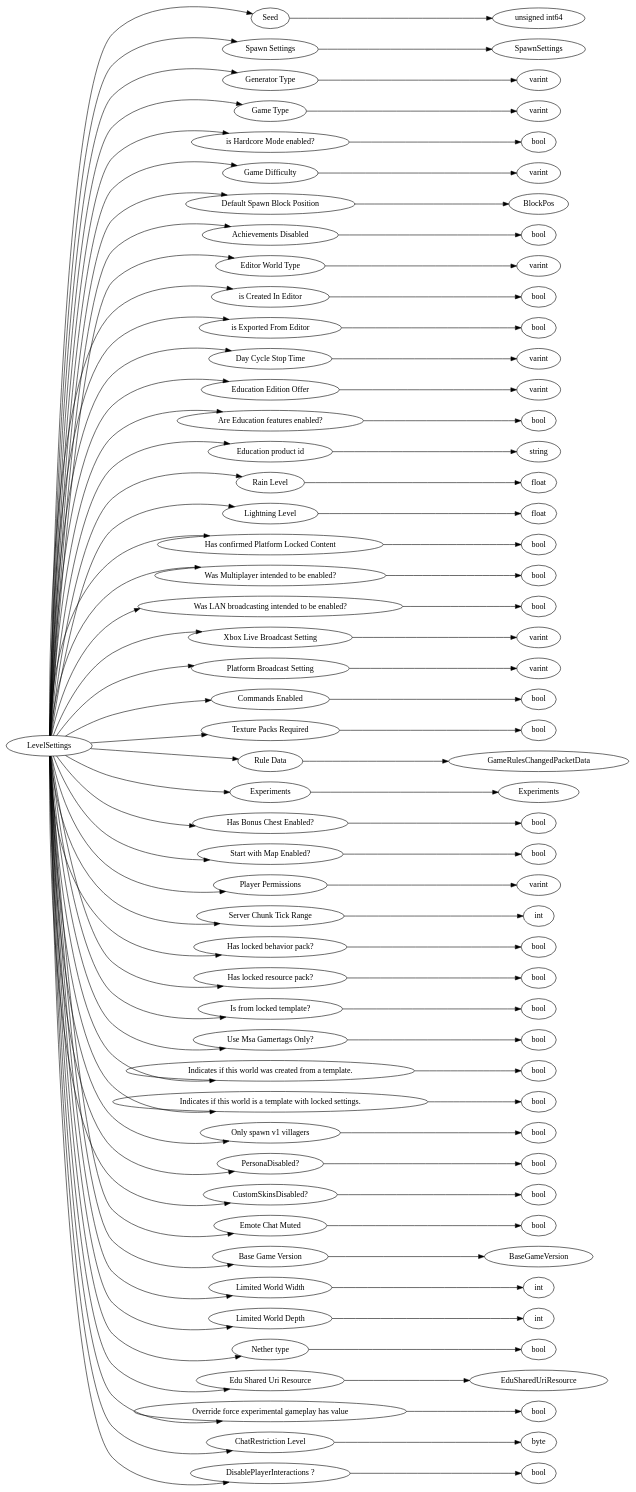
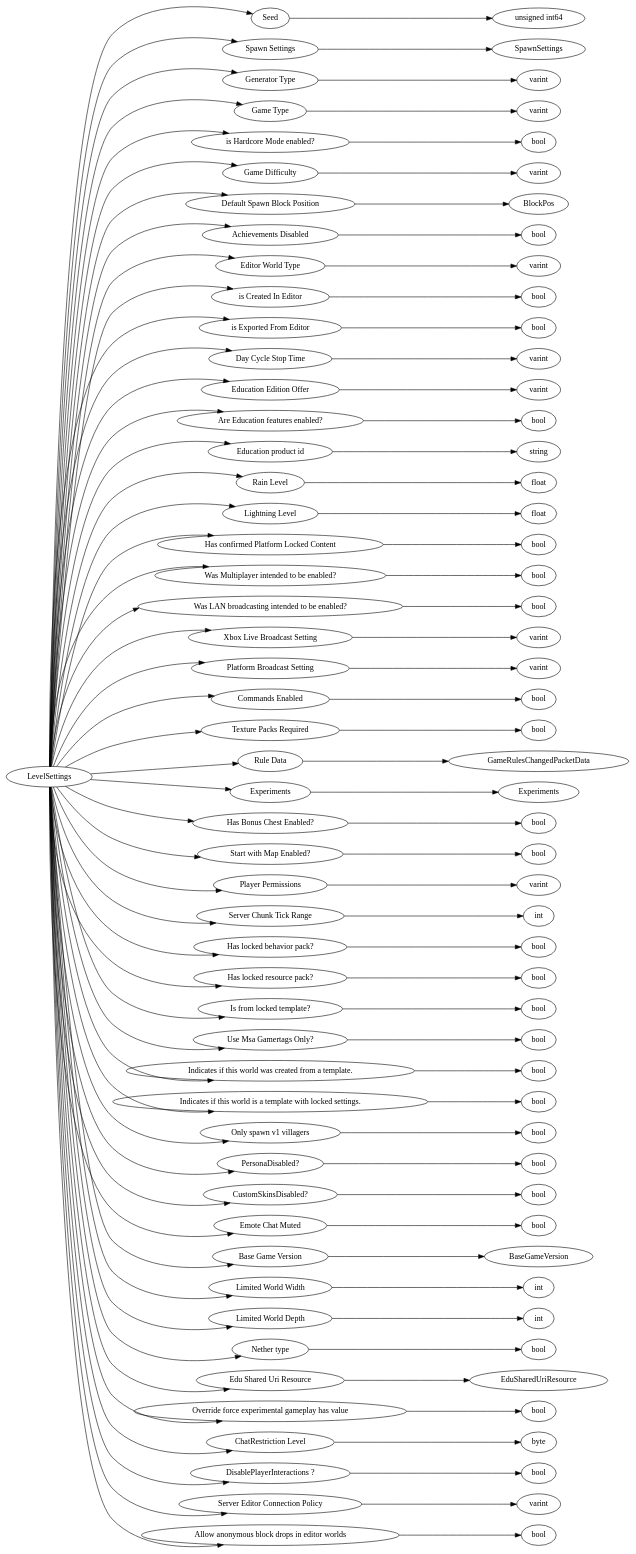
The diagram in dot/LevelSettings.dot (Mojang/bedrock-protocol-docs), drawn with Graphviz before and after one commit. The commit also changed 433 other files, not shown here.

```diff
--- a/dot/LevelSettings.dot
+++ b/dot/LevelSettings.dot
@@ -52,51 +52,55 @@
 23 -> 79
 79 -> 80
 23 -> 81
-81 -> 82
-23 -> 83
-83 -> 84
-23 -> 85
-85 -> 86
-23 -> 87
-87 -> 88
-23 -> 89
-89 -> 90
-23 -> 91
-91 -> 92
-23 -> 93
-93 -> 94
-23 -> 95
-95 -> 96
-23 -> 97
-97 -> 98
-23 -> 99
-99 -> 100
-23 -> 101
-101 -> 102
-23 -> 103
-103 -> 104
-23 -> 105
-105 -> 106
-23 -> 107
-107 -> 108
-23 -> 109
-109 -> 110
-23 -> 111
-111 -> 112
-23 -> 113
-113 -> 114
-23 -> 115
-115 -> 116
-23 -> 117
-117 -> 118
-23 -> 119
-119 -> 125
+81 -> 99
+23 -> 100
+100 -> 101
+23 -> 102
+102 -> 103
+23 -> 104
+104 -> 105
+23 -> 106
+106 -> 107
+23 -> 108
+108 -> 109
+23 -> 110
+110 -> 111
+23 -> 112
+112 -> 113
+23 -> 114
+114 -> 115
+23 -> 116
+116 -> 117
+23 -> 118
+118 -> 119
+23 -> 120
+120 -> 121
+23 -> 122
+122 -> 123
+23 -> 124
+124 -> 125
 23 -> 126
 126 -> 127
 23 -> 128
-128 -> 129
-23 -> 130
-130 -> 131
+128 -> 132
+23 -> 133
+133 -> 134
+23 -> 135
+135 -> 136
+23 -> 137
+137 -> 138
+23 -> 139
+139 -> 145
+23 -> 146
+146 -> 147
+23 -> 148
+148 -> 149
+23 -> 150
+150 -> 151
+23 -> 152
+152 -> 153
+23 -> 154
+154 -> 155
 
 23 [label="LevelSettings",comment="name: \"LevelSettings\", typeName: \"\", id: 23, branchId: 0, recurseId: -1, attributes: 0, notes: \"\""];
 24 [label="Seed",comment="name: \"Seed\", typeName: \"\", id: 24, branchId: 0, recurseId: -1, attributes: 0, notes: \"\""];
@@ -150,51 +154,55 @@
 79 [label="Rule Data",comment="name: \"Rule Data\", typeName: \"GameRulesChangedPacketData\", id: 79, branchId: 0, recurseId: -1, attributes: 256, notes: \"\""];
 80 [label="GameRulesChangedPacketData",comment="name: \"GameRulesChangedPacketData\", typeName: \"\", id: 80, branchId: 0, recurseId: -1, attributes: 512, notes: \"\""];
 81 [label="Experiments",comment="name: \"Experiments\", typeName: \"Experiments\", id: 81, branchId: 0, recurseId: -1, attributes: 256, notes: \"\""];
-82 [label="Experiments",comment="name: \"Experiments\", typeName: \"\", id: 82, branchId: 0, recurseId: -1, attributes: 512, notes: \"\""];
-83 [label="Has Bonus Chest Enabled?",comment="name: \"Has Bonus Chest Enabled?\", typeName: \"\", id: 83, branchId: 0, recurseId: -1, attributes: 0, notes: \"\""];
-84 [label="bool",comment="name: \"bool\", typeName: \"\", id: 84, branchId: 0, recurseId: -1, attributes: 512, notes: \"\""];
-85 [label="Start with Map Enabled?",comment="name: \"Start with Map Enabled?\", typeName: \"\", id: 85, branchId: 0, recurseId: -1, attributes: 0, notes: \"\""];
-86 [label="bool",comment="name: \"bool\", typeName: \"\", id: 86, branchId: 0, recurseId: -1, attributes: 512, notes: \"\""];
-87 [label="Player Permissions",comment="name: \"Player Permissions\", typeName: \"\", id: 87, branchId: 0, recurseId: -1, attributes: 0, notes: \"\""];
-88 [label="varint",comment="name: \"varint\", typeName: \"\", id: 88, branchId: 0, recurseId: -1, attributes: 512, notes: \"\""];
-89 [label="Server Chunk Tick Range",comment="name: \"Server Chunk Tick Range\", typeName: \"\", id: 89, branchId: 0, recurseId: -1, attributes: 0, notes: \"\""];
-90 [label="int",comment="name: \"int\", typeName: \"\", id: 90, branchId: 0, recurseId: -1, attributes: 512, notes: \"\""];
-91 [label="Has locked behavior pack?",comment="name: \"Has locked behavior pack?\", typeName: \"\", id: 91, branchId: 0, recurseId: -1, attributes: 0, notes: \"\""];
-92 [label="bool",comment="name: \"bool\", typeName: \"\", id: 92, branchId: 0, recurseId: -1, attributes: 512, notes: \"\""];
-93 [label="Has locked resource pack?",comment="name: \"Has locked resource pack?\", typeName: \"\", id: 93, branchId: 0, recurseId: -1, attributes: 0, notes: \"\""];
-94 [label="bool",comment="name: \"bool\", typeName: \"\", id: 94, branchId: 0, recurseId: -1, attributes: 512, notes: \"\""];
-95 [label="Is from locked template?",comment="name: \"Is from locked template?\", typeName: \"\", id: 95, branchId: 0, recurseId: -1, attributes: 0, notes: \"\""];
-96 [label="bool",comment="name: \"bool\", typeName: \"\", id: 96, branchId: 0, recurseId: -1, attributes: 512, notes: \"\""];
-97 [label="Use Msa Gamertags Only?",comment="name: \"Use Msa Gamertags Only?\", typeName: \"\", id: 97, branchId: 0, recurseId: -1, attributes: 0, notes: \"\""];
-98 [label="bool",comment="name: \"bool\", typeName: \"\", id: 98, branchId: 0, recurseId: -1, attributes: 512, notes: \"\""];
-99 [label="Indicates if this world was created from a template.",comment="name: \"Indicates if this world was created from a template.\", typeName: \"\", id: 99, branchId: 0, recurseId: -1, attributes: 0, notes: \"For servers this should always be false.\""];
-100 [label="bool",comment="name: \"bool\", typeName: \"\", id: 100, branchId: 0, recurseId: -1, attributes: 512, notes: \"\""];
-101 [label="Indicates if this world is a template with locked settings.",comment="name: \"Indicates if this world is a template with locked settings.\", typeName: \"\", id: 101, branchId: 0, recurseId: -1, attributes: 0, notes: \"For servers this should always be false.\""];
-102 [label="bool",comment="name: \"bool\", typeName: \"\", id: 102, branchId: 0, recurseId: -1, attributes: 512, notes: \"\""];
-103 [label="Only spawn v1 villagers",comment="name: \"Only spawn v1 villagers\", typeName: \"\", id: 103, branchId: 0, recurseId: -1, attributes: 0, notes: \"This was added for the Village & Pillage update, marking worlds where V1 villagers shouldn't update to V2, and only V1 villagers should be used in the world. This was done for Marketplace content.\""];
-104 [label="bool",comment="name: \"bool\", typeName: \"\", id: 104, branchId: 0, recurseId: -1, attributes: 512, notes: \"\""];
-105 [label="PersonaDisabled?",comment="name: \"PersonaDisabled?\", typeName: \"\", id: 105, branchId: 0, recurseId: -1, attributes: 0, notes: \"\""];
-106 [label="bool",comment="name: \"bool\", typeName: \"\", id: 106, branchId: 0, recurseId: -1, attributes: 512, notes: \"\""];
-107 [label="CustomSkinsDisabled?",comment="name: \"CustomSkinsDisabled?\", typeName: \"\", id: 107, branchId: 0, recurseId: -1, attributes: 0, notes: \"\""];
-108 [label="bool",comment="name: \"bool\", typeName: \"\", id: 108, branchId: 0, recurseId: -1, attributes: 512, notes: \"\""];
-109 [label="Emote Chat Muted",comment="name: \"Emote Chat Muted\", typeName: \"\", id: 109, branchId: 0, recurseId: -1, attributes: 0, notes: \"\""];
-110 [label="bool",comment="name: \"bool\", typeName: \"\", id: 110, branchId: 0, recurseId: -1, attributes: 512, notes: \"\""];
-111 [label="Base Game Version",comment="name: \"Base Game Version\", typeName: \"BaseGameVersion\", id: 111, branchId: 0, recurseId: -1, attributes: 256, notes: \"Version of vanilla gameplay that will be used with this world.\""];
-112 [label="BaseGameVersion",comment="name: \"BaseGameVersion\", typeName: \"\", id: 112, branchId: 0, recurseId: -1, attributes: 512, notes: \"\""];
-113 [label="Limited World Width",comment="name: \"Limited World Width\", typeName: \"\", id: 113, branchId: 0, recurseId: -1, attributes: 0, notes: \"\""];
-114 [label="int",comment="name: \"int\", typeName: \"\", id: 114, branchId: 0, recurseId: -1, attributes: 512, notes: \"\""];
-115 [label="Limited World Depth",comment="name: \"Limited World Depth\", typeName: \"\", id: 115, branchId: 0, recurseId: -1, attributes: 0, notes: \"\""];
-116 [label="int",comment="name: \"int\", typeName: \"\", id: 116, branchId: 0, recurseId: -1, attributes: 512, notes: \"\""];
-117 [label="Nether type",comment="name: \"Nether type\", typeName: \"\", id: 117, branchId: 0, recurseId: -1, attributes: 0, notes: \"\""];
-118 [label="bool",comment="name: \"bool\", typeName: \"\", id: 118, branchId: 0, recurseId: -1, attributes: 512, notes: \"\""];
-119 [label="Edu Shared Uri Resource",comment="name: \"Edu Shared Uri Resource\", typeName: \"EduSharedUriResource\", id: 119, branchId: 0, recurseId: -1, attributes: 256, notes: \"\""];
-125 [label="EduSharedUriResource",comment="name: \"EduSharedUriResource\", typeName: \"\", id: 125, branchId: 0, recurseId: -1, attributes: 512, notes: \"\""];
-126 [label="Override force experimental gameplay has value",comment="name: \"Override force experimental gameplay has value\", typeName: \"\", id: 126, branchId: 0, recurseId: -1, attributes: 0, notes: \"For servers this should always be false\""];
+99 [label="Experiments",comment="name: \"Experiments\", typeName: \"\", id: 99, branchId: 0, recurseId: -1, attributes: 512, notes: \"\""];
+100 [label="Has Bonus Chest Enabled?",comment="name: \"Has Bonus Chest Enabled?\", typeName: \"\", id: 100, branchId: 0, recurseId: -1, attributes: 0, notes: \"\""];
+101 [label="bool",comment="name: \"bool\", typeName: \"\", id: 101, branchId: 0, recurseId: -1, attributes: 512, notes: \"\""];
+102 [label="Start with Map Enabled?",comment="name: \"Start with Map Enabled?\", typeName: \"\", id: 102, branchId: 0, recurseId: -1, attributes: 0, notes: \"\""];
+103 [label="bool",comment="name: \"bool\", typeName: \"\", id: 103, branchId: 0, recurseId: -1, attributes: 512, notes: \"\""];
+104 [label="Player Permissions",comment="name: \"Player Permissions\", typeName: \"\", id: 104, branchId: 0, recurseId: -1, attributes: 0, notes: \"\""];
+105 [label="varint",comment="name: \"varint\", typeName: \"\", id: 105, branchId: 0, recurseId: -1, attributes: 512, notes: \"\""];
+106 [label="Server Chunk Tick Range",comment="name: \"Server Chunk Tick Range\", typeName: \"\", id: 106, branchId: 0, recurseId: -1, attributes: 0, notes: \"\""];
+107 [label="int",comment="name: \"int\", typeName: \"\", id: 107, branchId: 0, recurseId: -1, attributes: 512, notes: \"\""];
+108 [label="Has locked behavior pack?",comment="name: \"Has locked behavior pack?\", typeName: \"\", id: 108, branchId: 0, recurseId: -1, attributes: 0, notes: \"\""];
+109 [label="bool",comment="name: \"bool\", typeName: \"\", id: 109, branchId: 0, recurseId: -1, attributes: 512, notes: \"\""];
+110 [label="Has locked resource pack?",comment="name: \"Has locked resource pack?\", typeName: \"\", id: 110, branchId: 0, recurseId: -1, attributes: 0, notes: \"\""];
+111 [label="bool",comment="name: \"bool\", typeName: \"\", id: 111, branchId: 0, recurseId: -1, attributes: 512, notes: \"\""];
+112 [label="Is from locked template?",comment="name: \"Is from locked template?\", typeName: \"\", id: 112, branchId: 0, recurseId: -1, attributes: 0, notes: \"\""];
+113 [label="bool",comment="name: \"bool\", typeName: \"\", id: 113, branchId: 0, recurseId: -1, attributes: 512, notes: \"\""];
+114 [label="Use Msa Gamertags Only?",comment="name: \"Use Msa Gamertags Only?\", typeName: \"\", id: 114, branchId: 0, recurseId: -1, attributes: 0, notes: \"\""];
+115 [label="bool",comment="name: \"bool\", typeName: \"\", id: 115, branchId: 0, recurseId: -1, attributes: 512, notes: \"\""];
+116 [label="Indicates if this world was created from a template.",comment="name: \"Indicates if this world was created from a template.\", typeName: \"\", id: 116, branchId: 0, recurseId: -1, attributes: 0, notes: \"For servers this should always be false.\""];
+117 [label="bool",comment="name: \"bool\", typeName: \"\", id: 117, branchId: 0, recurseId: -1, attributes: 512, notes: \"\""];
+118 [label="Indicates if this world is a template with locked settings.",comment="name: \"Indicates if this world is a template with locked settings.\", typeName: \"\", id: 118, branchId: 0, recurseId: -1, attributes: 0, notes: \"For servers this should always be false.\""];
+119 [label="bool",comment="name: \"bool\", typeName: \"\", id: 119, branchId: 0, recurseId: -1, attributes: 512, notes: \"\""];
+120 [label="Only spawn v1 villagers",comment="name: \"Only spawn v1 villagers\", typeName: \"\", id: 120, branchId: 0, recurseId: -1, attributes: 0, notes: \"This was added for the Village & Pillage update, marking worlds where V1 villagers shouldn't update to V2, and only V1 villagers should be used in the world. This was done for Marketplace content.\""];
+121 [label="bool",comment="name: \"bool\", typeName: \"\", id: 121, branchId: 0, recurseId: -1, attributes: 512, notes: \"\""];
+122 [label="PersonaDisabled?",comment="name: \"PersonaDisabled?\", typeName: \"\", id: 122, branchId: 0, recurseId: -1, attributes: 0, notes: \"\""];
+123 [label="bool",comment="name: \"bool\", typeName: \"\", id: 123, branchId: 0, recurseId: -1, attributes: 512, notes: \"\""];
+124 [label="CustomSkinsDisabled?",comment="name: \"CustomSkinsDisabled?\", typeName: \"\", id: 124, branchId: 0, recurseId: -1, attributes: 0, notes: \"\""];
+125 [label="bool",comment="name: \"bool\", typeName: \"\", id: 125, branchId: 0, recurseId: -1, attributes: 512, notes: \"\""];
+126 [label="Emote Chat Muted",comment="name: \"Emote Chat Muted\", typeName: \"\", id: 126, branchId: 0, recurseId: -1, attributes: 0, notes: \"\""];
 127 [label="bool",comment="name: \"bool\", typeName: \"\", id: 127, branchId: 0, recurseId: -1, attributes: 512, notes: \"\""];
-128 [label="ChatRestriction Level",comment="name: \"ChatRestriction Level\", typeName: \"\", id: 128, branchId: 0, recurseId: -1, attributes: 0, notes: \"\""];
-129 [label="byte",comment="name: \"byte\", typeName: \"\", id: 129, branchId: 0, recurseId: -1, attributes: 512, notes: \"\""];
-130 [label="DisablePlayerInteractions ?",comment="name: \"DisablePlayerInteractions ?\", typeName: \"\", id: 130, branchId: 0, recurseId: -1, attributes: 0, notes: \"\""];
-131 [label="bool",comment="name: \"bool\", typeName: \"\", id: 131, branchId: 0, recurseId: -1, attributes: 512, notes: \"\""];
-{ rank = max;25;34;36;38;40;42;44;46;48;50;52;54;56;58;60;62;64;66;68;70;72;74;76;78;80;82;84;86;88;90;92;94;96;98;100;102;104;106;108;110;112;114;116;118;125;127;129;131}
+128 [label="Base Game Version",comment="name: \"Base Game Version\", typeName: \"BaseGameVersion\", id: 128, branchId: 0, recurseId: -1, attributes: 256, notes: \"Version of vanilla gameplay that will be used with this world.\""];
+132 [label="BaseGameVersion",comment="name: \"BaseGameVersion\", typeName: \"\", id: 132, branchId: 0, recurseId: -1, attributes: 512, notes: \"\""];
+133 [label="Limited World Width",comment="name: \"Limited World Width\", typeName: \"\", id: 133, branchId: 0, recurseId: -1, attributes: 0, notes: \"\""];
+134 [label="int",comment="name: \"int\", typeName: \"\", id: 134, branchId: 0, recurseId: -1, attributes: 512, notes: \"\""];
+135 [label="Limited World Depth",comment="name: \"Limited World Depth\", typeName: \"\", id: 135, branchId: 0, recurseId: -1, attributes: 0, notes: \"\""];
+136 [label="int",comment="name: \"int\", typeName: \"\", id: 136, branchId: 0, recurseId: -1, attributes: 512, notes: \"\""];
+137 [label="Nether type",comment="name: \"Nether type\", typeName: \"\", id: 137, branchId: 0, recurseId: -1, attributes: 0, notes: \"\""];
+138 [label="bool",comment="name: \"bool\", typeName: \"\", id: 138, branchId: 0, recurseId: -1, attributes: 512, notes: \"\""];
+139 [label="Edu Shared Uri Resource",comment="name: \"Edu Shared Uri Resource\", typeName: \"EduSharedUriResource\", id: 139, branchId: 0, recurseId: -1, attributes: 256, notes: \"\""];
+145 [label="EduSharedUriResource",comment="name: \"EduSharedUriResource\", typeName: \"\", id: 145, branchId: 0, recurseId: -1, attributes: 512, notes: \"\""];
+146 [label="Override force experimental gameplay has value",comment="name: \"Override force experimental gameplay has value\", typeName: \"\", id: 146, branchId: 0, recurseId: -1, attributes: 0, notes: \"For servers this should always be false\""];
+147 [label="bool",comment="name: \"bool\", typeName: \"\", id: 147, branchId: 0, recurseId: -1, attributes: 512, notes: \"\""];
+148 [label="ChatRestriction Level",comment="name: \"ChatRestriction Level\", typeName: \"\", id: 148, branchId: 0, recurseId: -1, attributes: 0, notes: \"\""];
+149 [label="byte",comment="name: \"byte\", typeName: \"\", id: 149, branchId: 0, recurseId: -1, attributes: 512, notes: \"\""];
+150 [label="DisablePlayerInteractions ?",comment="name: \"DisablePlayerInteractions ?\", typeName: \"\", id: 150, branchId: 0, recurseId: -1, attributes: 0, notes: \"\""];
+151 [label="bool",comment="name: \"bool\", typeName: \"\", id: 151, branchId: 0, recurseId: -1, attributes: 512, notes: \"\""];
+152 [label="Server Editor Connection Policy",comment="name: \"Server Editor Connection Policy\", typeName: \"\", id: 152, branchId: 0, recurseId: -1, attributes: 0, notes: \"\""];
+153 [label="varint",comment="name: \"varint\", typeName: \"\", id: 153, branchId: 0, recurseId: -1, attributes: 512, notes: \"\""];
+154 [label="Allow anonymous block drops in editor worlds",comment="name: \"Allow anonymous block drops in editor worlds\", typeName: \"\", id: 154, branchId: 0, recurseId: -1, attributes: 0, notes: \"When true, anonymous (no-actor) block destruction in editor worlds drops items as in vanilla. Defaults to true on Realms BDS hosts (BR_SERVER_REALMS) so vanilla players in hybrid editor worlds get vanilla functionality.\""];
+155 [label="bool",comment="name: \"bool\", typeName: \"\", id: 155, branchId: 0, recurseId: -1, attributes: 512, notes: \"\""];
+{ rank = max;25;34;36;38;40;42;44;46;48;50;52;54;56;58;60;62;64;66;68;70;72;74;76;78;80;99;101;103;105;107;109;111;113;115;117;119;121;123;125;127;132;134;136;138;145;147;149;151;153;155}
 
 }
```
